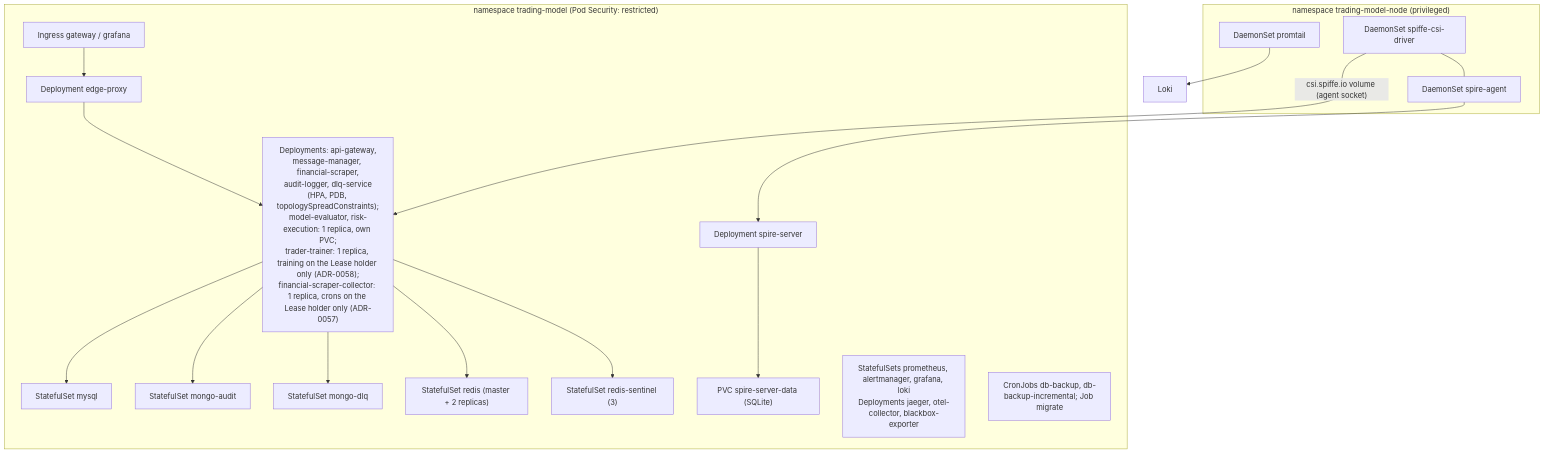
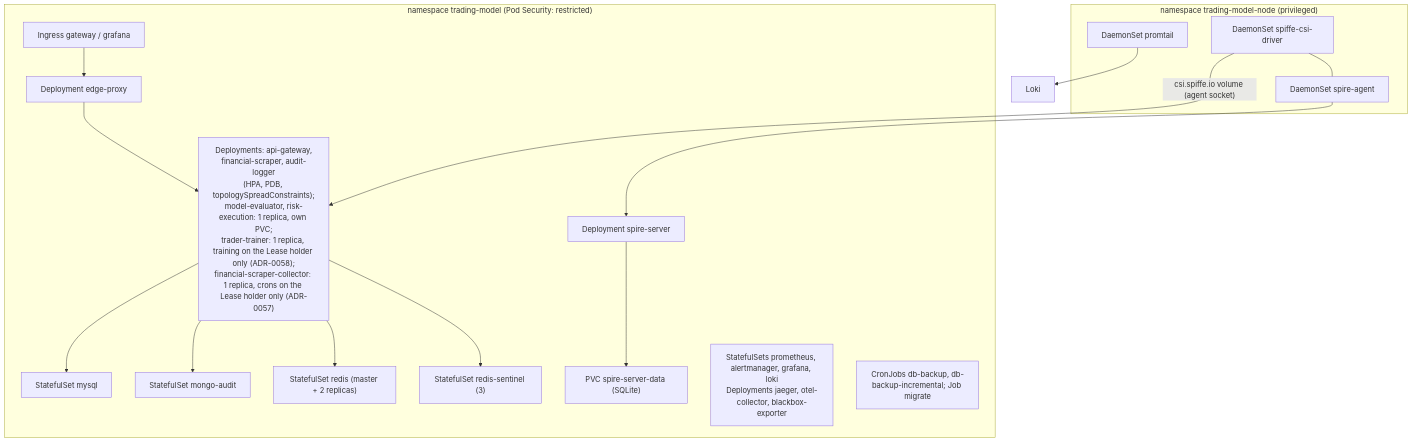
Before and after one commit to docteur-turboss/trading-model: the third of 4 diagrams in docs/architecture/system-overview.md, drawn with Mermaid. The commit also changed other lines of this file and 486 other files, not shown here.

First line of the commit message:
:fire:(multiple): retire message-manager, dlq-service and mongo-dlq now the bus runs in process (ADR-0073 release N+1) (#1451)

````diff
--- a/docs/architecture/system-overview.md
+++ b/docs/architecture/system-overview.md
@@ -89,24 +83,23 @@
 ```mermaid
 flowchart TB
   subgraph tm["namespace trading-model (Pod Security: restricted)"]
     ing["Ingress gateway / grafana"] --> edge["Deployment edge-proxy"]
-    edge --> svc["Deployments: api-gateway,<br/>message-manager, financial-scraper,<br/>audit-logger, dlq-service<br/>(HPA, PDB, topologySpreadConstraints);<br/>model-evaluator, risk-execution: 1 replica, own PVC;<br/>trader-trainer: 1 replica, training on the Lease holder only (ADR-0058);<br/>financial-scraper-collector: 1 replica, crons on the Lease holder only (ADR-0057)"]
+    edge --> svc["Deployments: api-gateway,<br/>financial-scraper, audit-logger<br/>(HPA, PDB, topologySpreadConstraints);<br/>model-evaluator, risk-execution: 1 replica, own PVC;<br/>trader-trainer: 1 replica, training on the Lease holder only (ADR-0058);<br/>financial-scraper-collector: 1 replica, crons on the Lease holder only (ADR-0057)"]
     svc --> mysql["StatefulSet mysql"]
     svc --> mA["StatefulSet mongo-audit"]
-    svc --> mD["StatefulSet mongo-dlq"]
     svc --> rd["StatefulSet redis (master + 2 replicas)"]
     svc --> rs["StatefulSet redis-sentinel (3)"]
     ss["Deployment spire-server"] --> sspvc["PVC spire-server-data (SQLite)"]
     obs["StatefulSets prometheus, alertmanager, grafana, loki<br/>Deployments jaeger, otel-collector, blackbox-exporter"]
     jobs["CronJobs db-backup, db-backup-incremental; Job migrate"]
   end
   subgraph node["namespace trading-model-node (privileged)"]
     agent["DaemonSet spire-agent"]
     csi["DaemonSet spiffe-csi-driver"]
     pt["DaemonSet promtail"]
   end
   csi -->|"csi.spiffe.io volume (agent socket)"| svc
   agent --> ss
   csi --- agent
   pt --> loki["Loki"]
 ```
````
